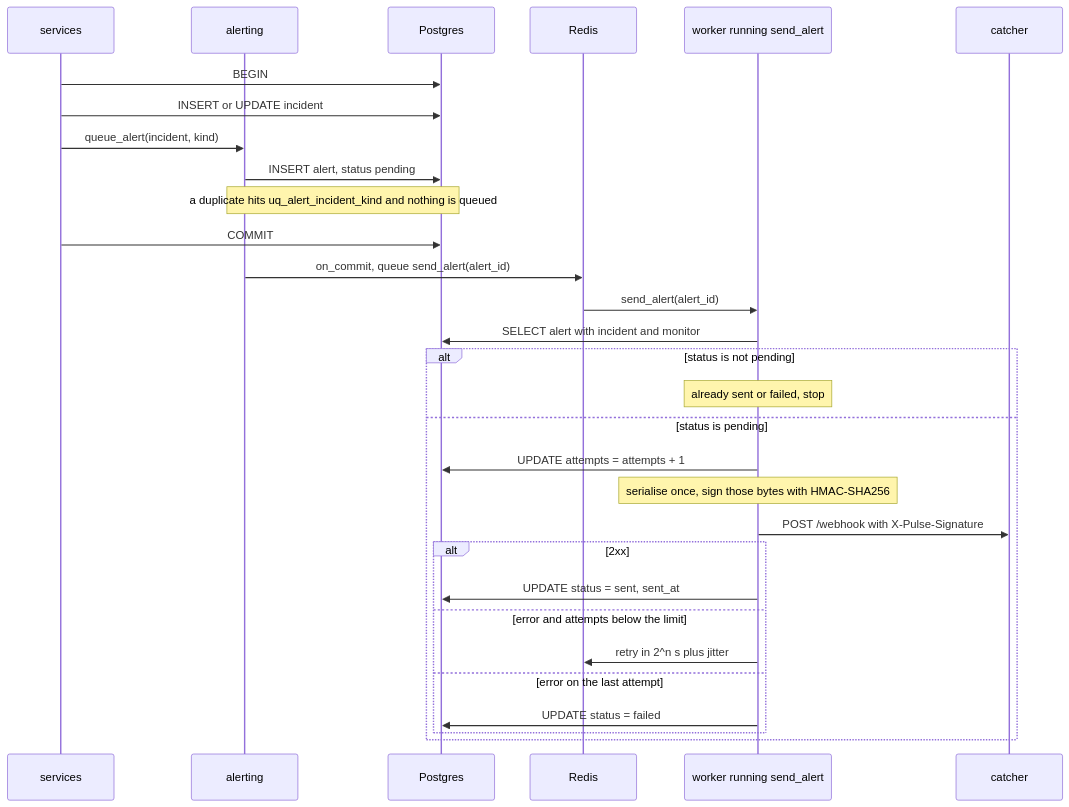
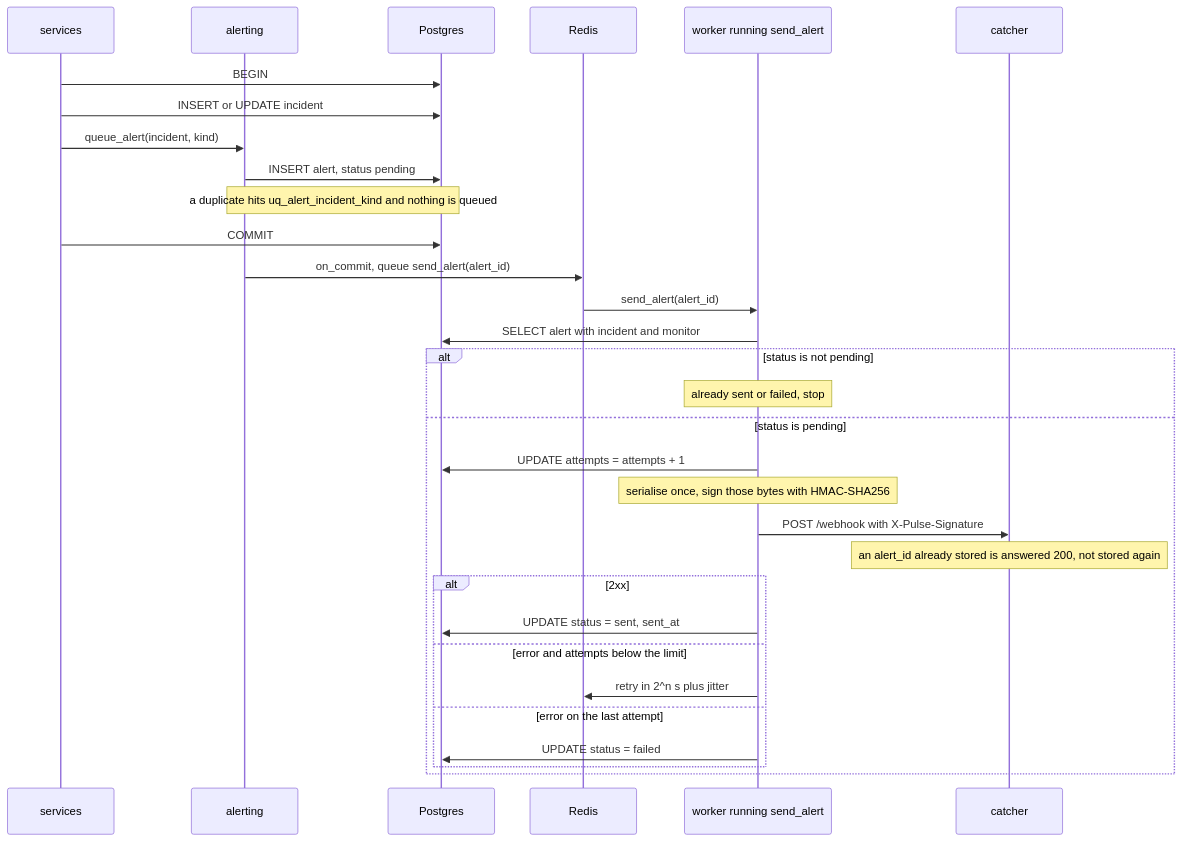
The eighth of 11 diagrams in ARCHITECTURE.md (wbaghdadi20/pulse), drawn with Mermaid before and after one commit. The commit also changed other lines of this file and 2 other files, not shown here.

Commit message:
docs: describe how a repeated alert is dropped by its alert_id

````diff
--- a/ARCHITECTURE.md
+++ b/ARCHITECTURE.md
@@ -360,33 +360,34 @@
 ```mermaid
 sequenceDiagram
     participant S as services
     participant A as alerting
     participant DB as Postgres
     participant R as Redis
     participant W as worker running send_alert
     participant C as catcher
 
     S->>DB: BEGIN
     S->>DB: INSERT or UPDATE incident
     S->>A: queue_alert(incident, kind)
     A->>DB: INSERT alert, status pending
     Note over A,DB: a duplicate hits uq_alert_incident_kind and nothing is queued
     S->>DB: COMMIT
     A->>R: on_commit, queue send_alert(alert_id)
     R->>W: send_alert(alert_id)
     W->>DB: SELECT alert with incident and monitor
     alt status is not pending
         Note over W: already sent or failed, stop
     else status is pending
         W->>DB: UPDATE attempts = attempts + 1
         Note over W: serialise once, sign those bytes with HMAC-SHA256
         W->>C: POST /webhook with X-Pulse-Signature
+        Note over C: an alert_id already stored is answered 200, not stored again
         alt 2xx
             W->>DB: UPDATE status = sent, sent_at
         else error and attempts below the limit
             W->>R: retry in 2^n s plus jitter
         else error on the last attempt
             W->>DB: UPDATE status = failed
         end
     end
 ```
````
